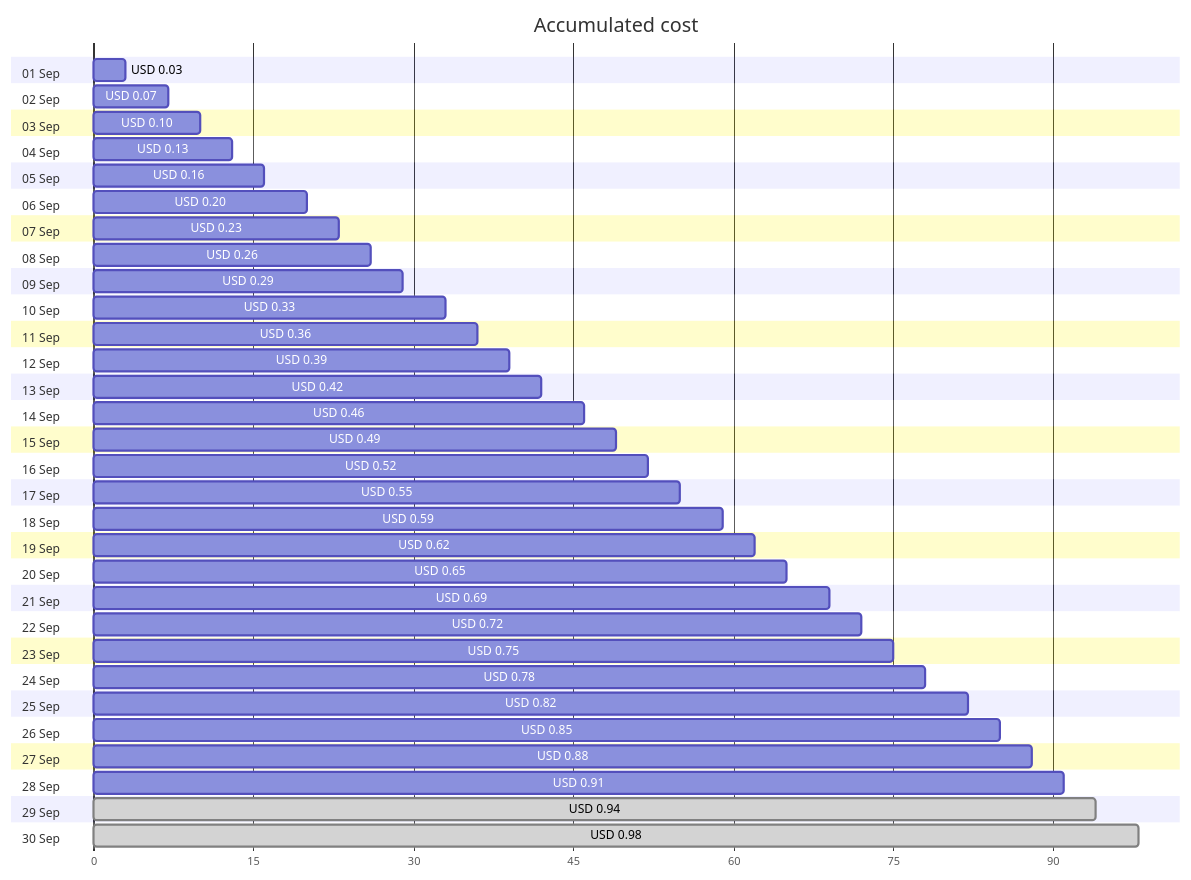
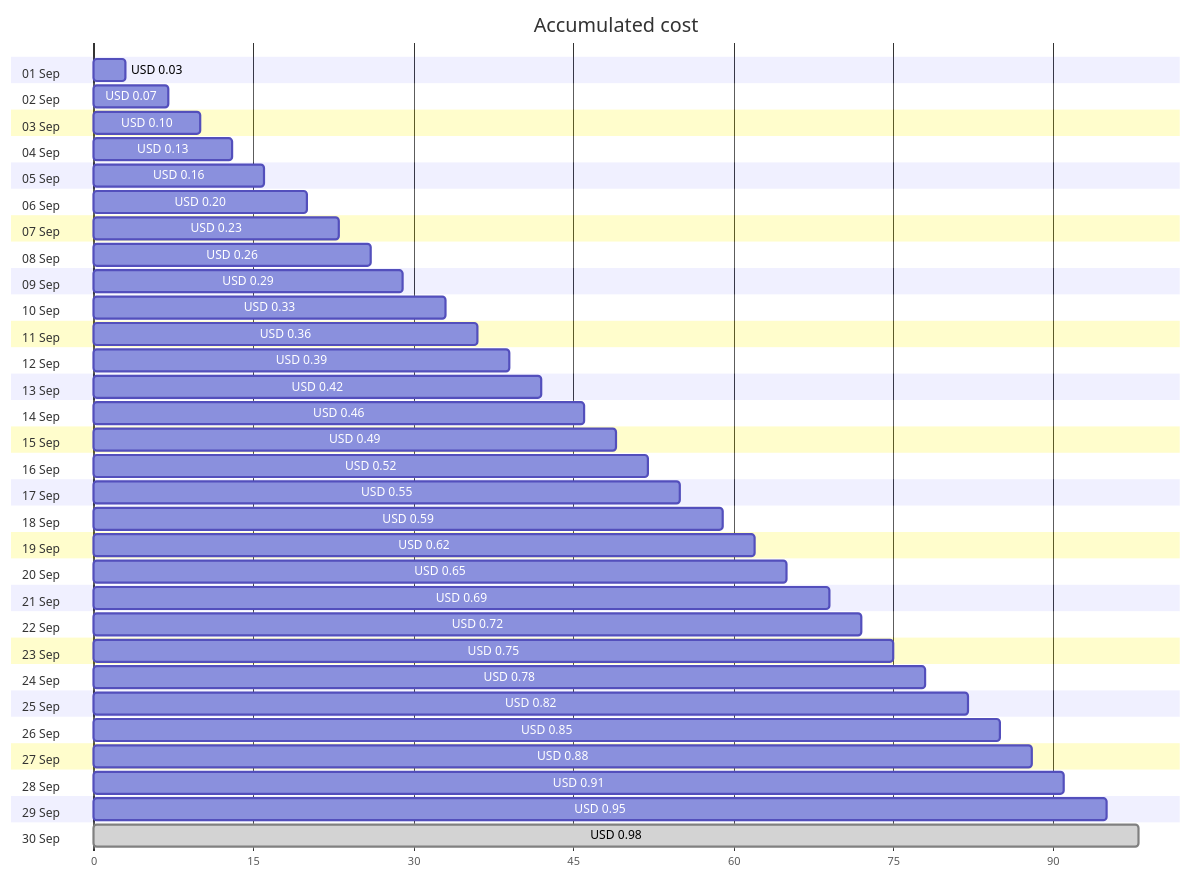
Before and after one commit to jpfulton/azure-personal-reports: the first of 4 diagrams in cost-reports/personal-dns/README.md, drawn with Mermaid. The commit also changed other lines of this file and 2 other files, not shown here.

````diff
--- a/cost-reports/personal-dns/README.md
+++ b/cost-reports/personal-dns/README.md
@@ -20,66 +20,66 @@
 ```mermaid
 gantt
    title Accumulated cost
    dateFormat  X
    axisFormat %s
    section 01 Sep
    USD 0.03 :0, 3
    section 02 Sep
    USD 0.07 :0, 7
    section 03 Sep
    USD 0.10 :0, 10
    section 04 Sep
    USD 0.13 :0, 13
    section 05 Sep
    USD 0.16 :0, 16
    section 06 Sep
    USD 0.20 :0, 20
    section 07 Sep
    USD 0.23 :0, 23
    section 08 Sep
    USD 0.26 :0, 26
    section 09 Sep
    USD 0.29 :0, 29
    section 10 Sep
    USD 0.33 :0, 33
    section 11 Sep
    USD 0.36 :0, 36
    section 12 Sep
    USD 0.39 :0, 39
    section 13 Sep
    USD 0.42 :0, 42
    section 14 Sep
    USD 0.46 :0, 46
    section 15 Sep
    USD 0.49 :0, 49
    section 16 Sep
    USD 0.52 :0, 52
    section 17 Sep
    USD 0.55 :0, 55
    section 18 Sep
    USD 0.59 :0, 59
    section 19 Sep
    USD 0.62 :0, 62
    section 20 Sep
    USD 0.65 :0, 65
    section 21 Sep
    USD 0.69 :0, 69
    section 22 Sep
    USD 0.72 :0, 72
    section 23 Sep
    USD 0.75 :0, 75
    section 24 Sep
    USD 0.78 :0, 78
    section 25 Sep
    USD 0.82 :0, 82
    section 26 Sep
    USD 0.85 :0, 85
    section 27 Sep
    USD 0.88 :0, 88
    section 28 Sep
    USD 0.91 :0, 91
    section 29 Sep
-   USD 0.94 : done, 0, 94
+   USD 0.95 :0, 95
    section 30 Sep
    USD 0.98 : done, 0, 98
 ```
````
